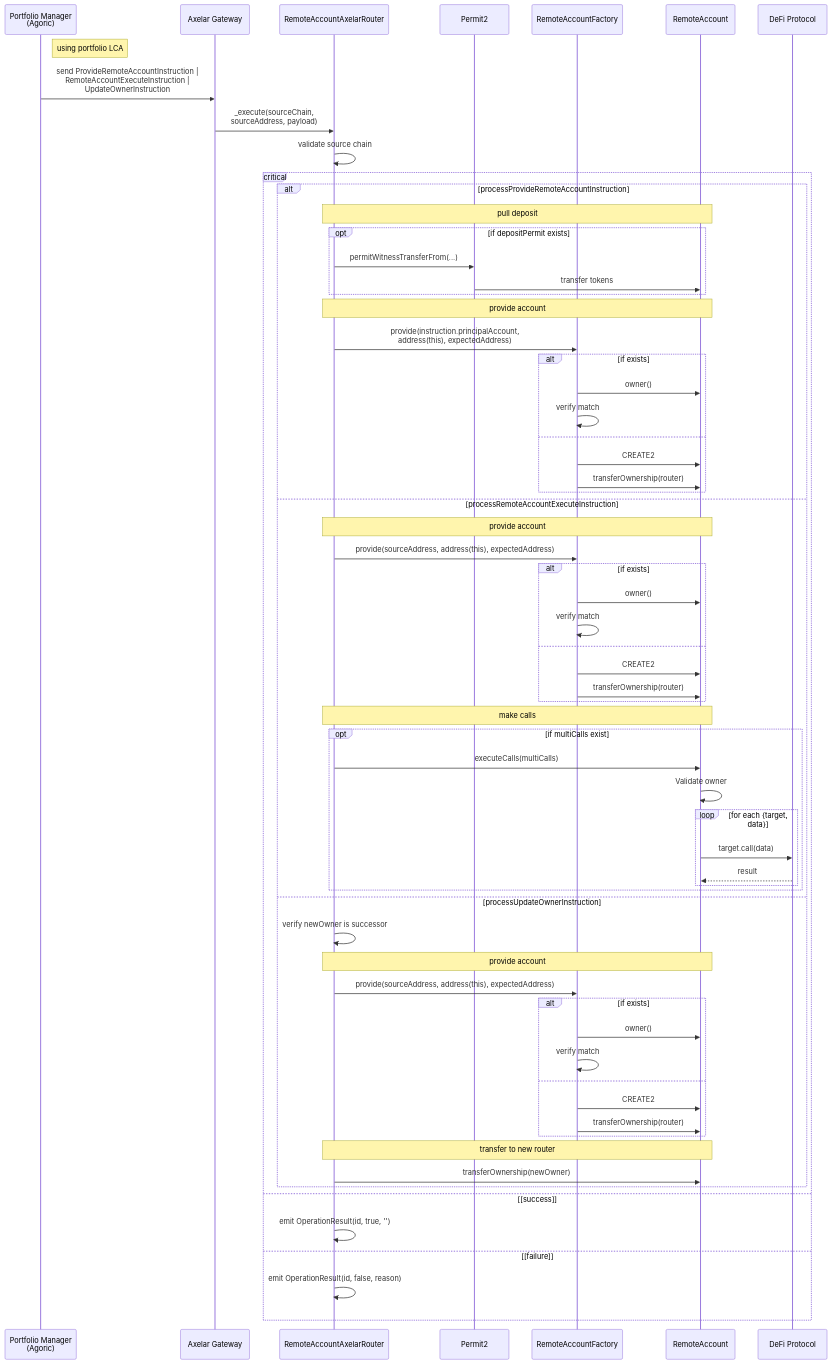
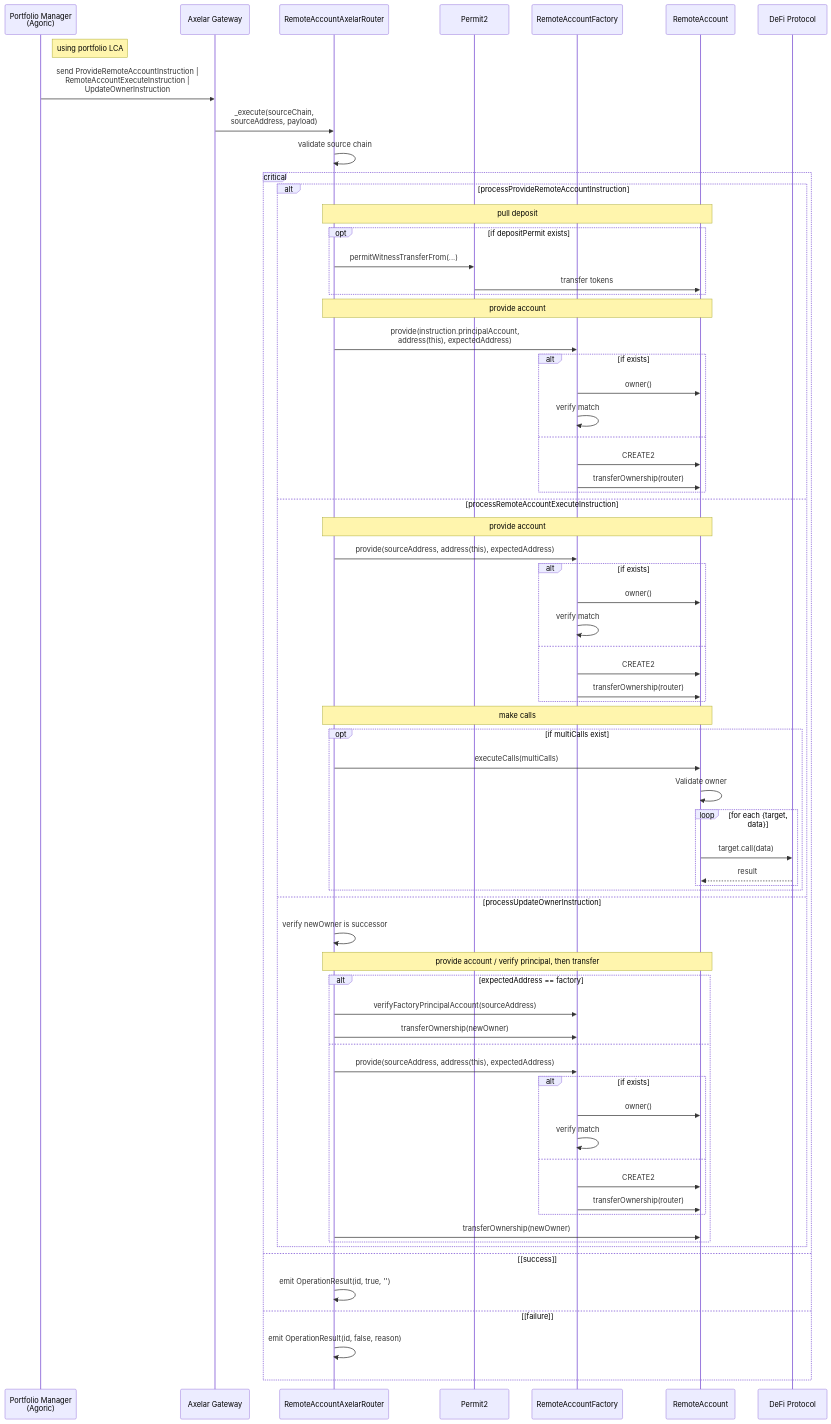
One commit to agoric-labs/agoric-to-axelar-local changed the sixth of 8 diagrams in packages/axelar-local-dev-cosmos/src/contracts/design.md. Above: the diagram before and after it, drawn with Mermaid. The commit also changed other lines of this file, not shown here.

Commit message:
tweak design doc

````diff
--- a/packages/axelar-local-dev-cosmos/src/contracts/design.md
+++ b/packages/axelar-local-dev-cosmos/src/contracts/design.md
@@ -350,75 +354,78 @@
 ```mermaid
 sequenceDiagram
     participant PM as Portfolio Manager<br/>(Agoric)
     participant AXL as Axelar Gateway
     participant PR as RemoteAccountAxelarRouter
     participant P2 as Permit2
     participant RAF as RemoteAccountFactory
     participant RA as RemoteAccount
     participant DEFI as DeFi Protocol
 
     Note right of PM: using portfolio LCA
     PM->>AXL: send ProvideRemoteAccountInstruction |<br>RemoteAccountExecuteInstruction |<br>UpdateOwnerInstruction
     AXL->>PR: _execute(sourceChain,<br>sourceAddress, payload)
 
     PR->>PR: validate source chain
 
     critical
         alt processProvideRemoteAccountInstruction
             Note over PR,RA: pull deposit
             opt if depositPermit exists
                 PR->>P2: permitWitnessTransferFrom(...)
                 P2->>RA: transfer tokens
             end
 
             Note over PR,RA: provide account
             PR->>RAF: provide(instruction.principalAccount,<br> address(this), expectedAddress)
             alt if exists
                 RAF->>RA: owner()
                 RAF->>RAF: verify match
             else
                 RAF->>RA: CREATE2
                 RAF->>RA: transferOwnership(router)
             end
         else processRemoteAccountExecuteInstruction
             Note over PR,RA: provide account
             PR->>RAF: provide(sourceAddress, address(this), expectedAddress)
             alt if exists
                 RAF->>RA: owner()
                 RAF->>RAF: verify match
             else
                 RAF->>RA: CREATE2
                 RAF->>RA: transferOwnership(router)
             end
 
             Note over PR,RA: make calls
             opt if multiCalls exist
                 PR->>RA: executeCalls(multiCalls)
                 RA->>RA: Validate owner
                 loop for each {target, data}
                     RA->>DEFI: target.call(data)
                     DEFI-->>RA: result
                 end
             end
         else processUpdateOwnerInstruction
             PR->>PR: verify newOwner is successor
 
-            Note over PR,RA: provide account
-            PR->>RAF: provide(sourceAddress, address(this), expectedAddress)
-            alt if exists
-                RAF->>RA: owner()
-                RAF->>RAF: verify match
+            Note over PR,RA: provide account / verify principal, then transfer
+            alt expectedAddress == factory
+                PR->>RAF: verifyFactoryPrincipalAccount(sourceAddress)
+                PR->>RAF: transferOwnership(newOwner)
             else
-                RAF->>RA: CREATE2
-                RAF->>RA: transferOwnership(router)
+                PR->>RAF: provide(sourceAddress, address(this), expectedAddress)
+                alt if exists
+                    RAF->>RA: owner()
+                    RAF->>RAF: verify match
+                else
+                    RAF->>RA: CREATE2
+                    RAF->>RA: transferOwnership(router)
+                end
+                PR->>RA: transferOwnership(newOwner)
             end
-
-            Note over PR,RA: transfer to new router
-            PR->>RA: transferOwnership(newOwner)
         end
     option [success]
         PR->>PR: emit OperationResult(id, true, '')
     option [failure]
         PR->>PR: emit OperationResult(id, false, reason)
     end
 ```
````
